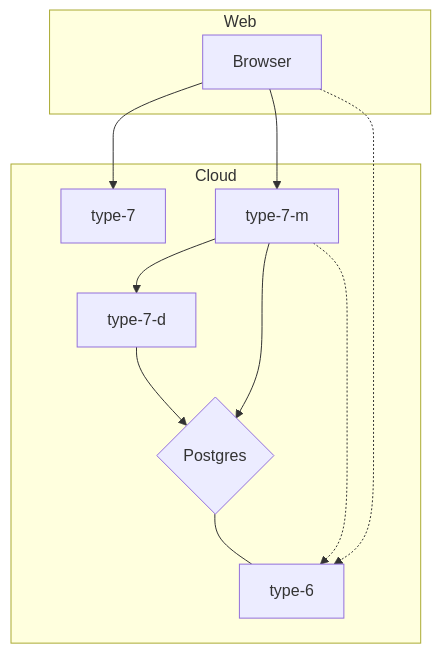
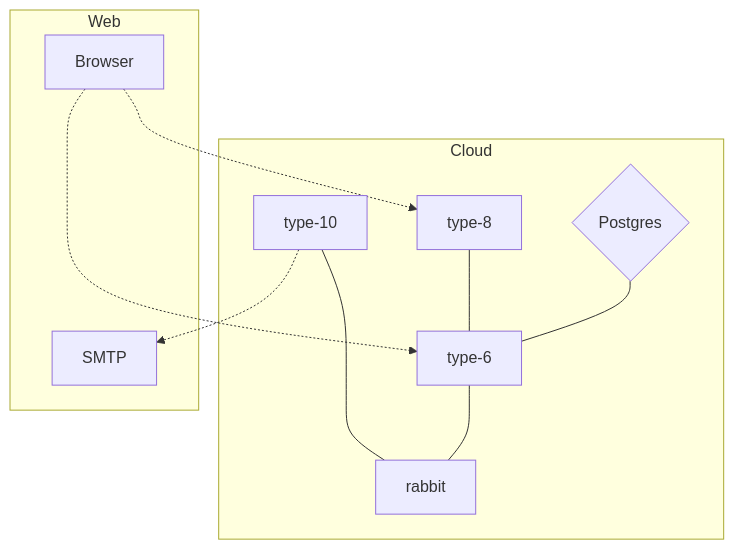
Before and after one commit to timattt/TypeSixCloud: the diagram in Readme.md, drawn with Mermaid. The commit also changed other lines of this file, not shown here.

````diff
--- a/Readme.md
+++ b/Readme.md
@@ -12,18 +13,17 @@
 ```mermaid
 graph TD;
  subgraph "Cloud"
-    type-7;
     di{Postgres} --- type-6;
-    type-7-d --> di{Postgres};
-    type-7-m --> di{Postgres};
-    type-7-m -.-> type-6;
-    type-7-m --> type-7-d;
+    type-8 --- type-6;
+    type-6 --- rabbit;
+    type-10 --- rabbit;
 
  end
  subgraph "Web"
-   Browser --> type-7;
    Browser -.-> type-6;
-   Browser --> type-7-m;
+type-10 -.-> SMTP;
+   Browser -.-> type-8;
+   
+ end
 
- end
 ```
````
